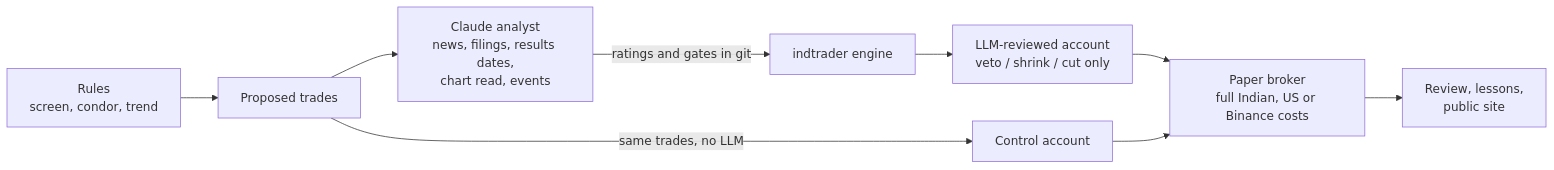
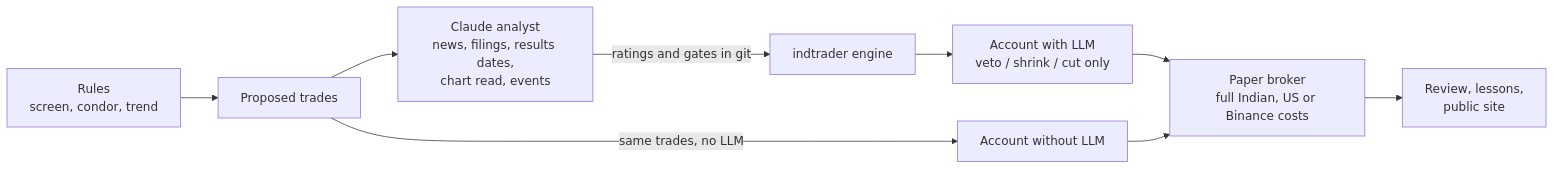
The diagram in README.md (DharmikGohil/LLMTrading), drawn with Mermaid before and after one commit. The commit also changed other lines of this file and 10 other files, not shown here.

First line of the commit message:
Rename the accounts to "With LLM" and "Without LLM"

````diff
--- a/README.md
+++ b/README.md
@@ -44,11 +45,11 @@
 ```mermaid
 flowchart LR
     S["Rules<br/>screen, condor, trend"] --> C[Proposed trades]
     C --> A["Claude analyst<br/>news, filings, results dates,<br/>chart read, events"]
     A -->|ratings and gates in git| E[indtrader engine]
-    C -->|same trades, no LLM| X[Control account]
-    E --> M["LLM-reviewed account<br/>veto / shrink / cut only"]
+    C -->|same trades, no LLM| X[Account without LLM]
+    E --> M["Account with LLM<br/>veto / shrink / cut only"]
     M --> P["Paper broker<br/>full Indian, US or Binance costs"]
     X --> P
     P --> R["Review, lessons,<br/>public site"]
 ```
````
